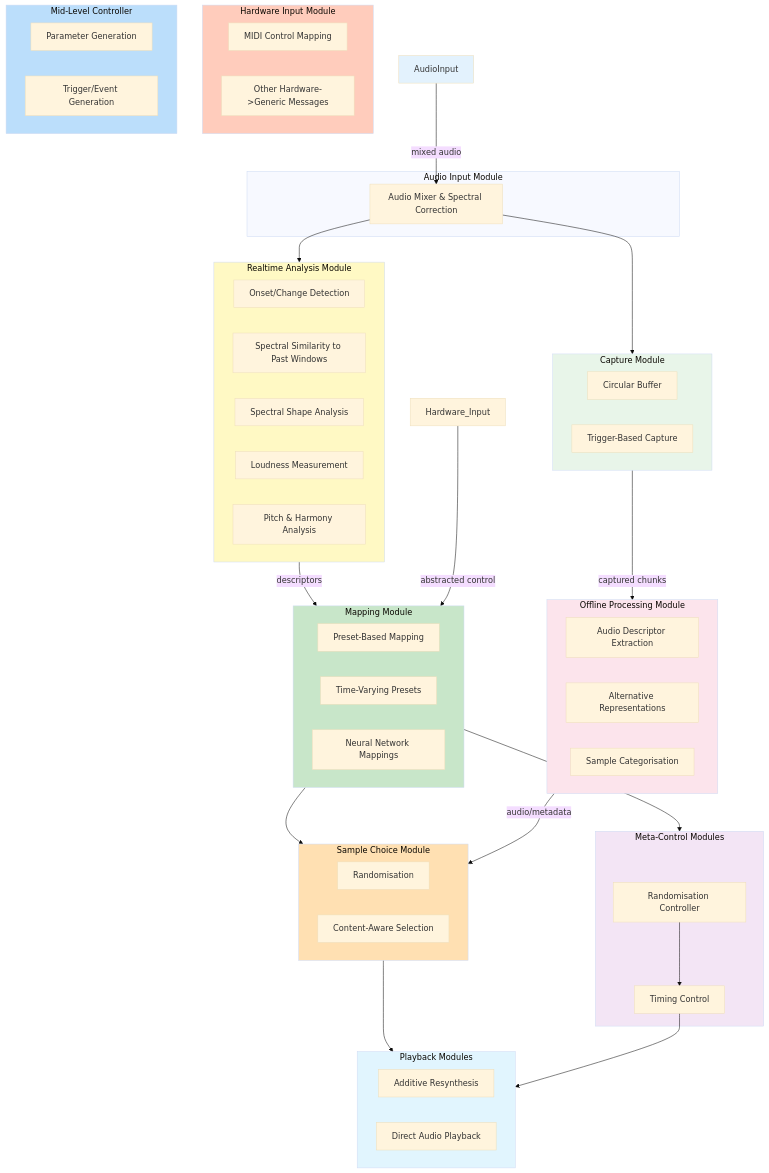
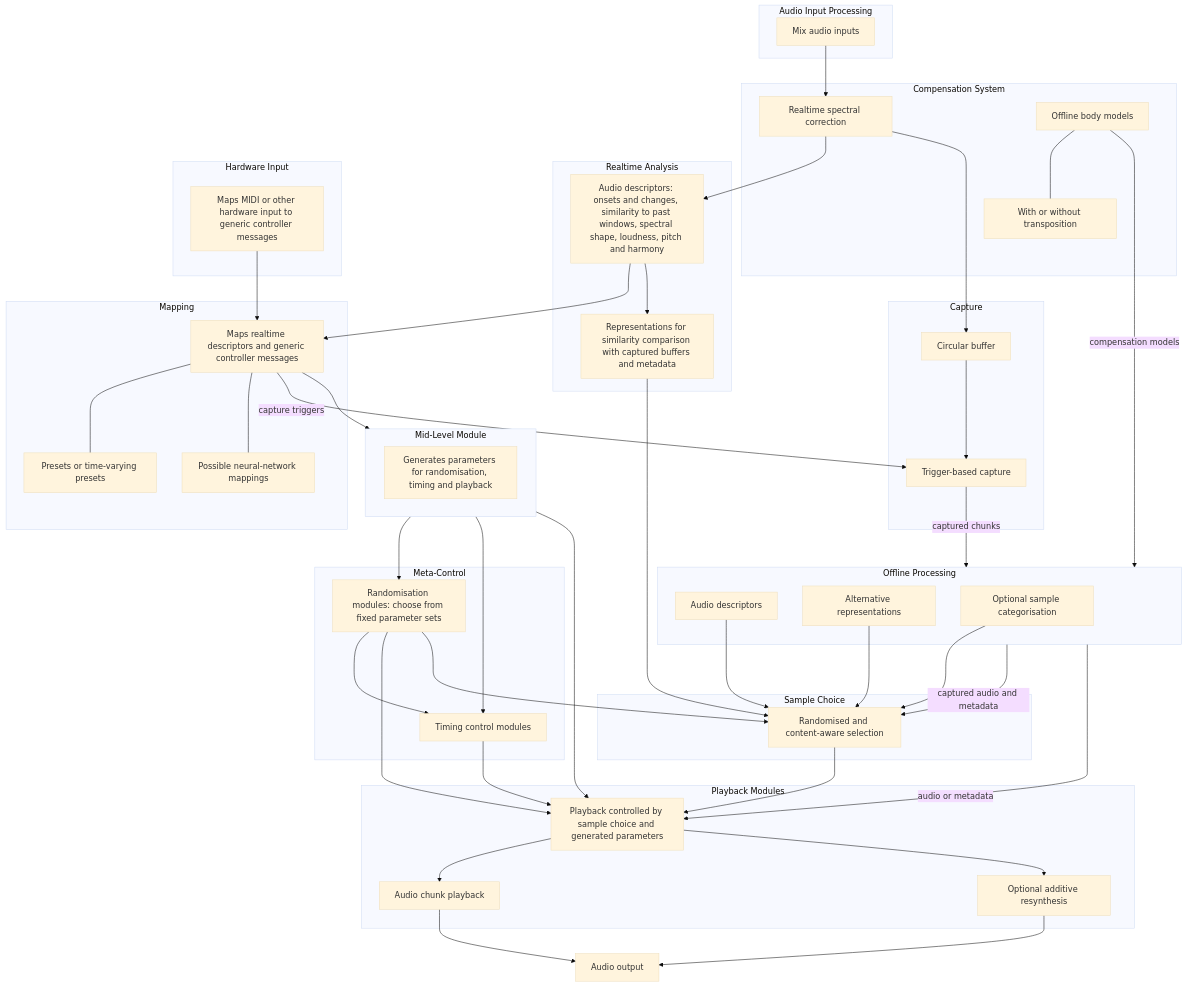
The first of 2 diagrams in System Architecture.md (AlexHarker/wintersleep), drawn with Mermaid (base theme) before and after one commit. The commit also changed other lines of this file and 1 other file, not shown here.

Commit message:
Update architecture diagram

````diff
--- a/System Architecture.md
+++ b/System Architecture.md
@@ -5,83 +7,92 @@
 ```mermaid
 flowchart TB
-    subgraph Audio_Input["Audio Input Module"]
-        Mix[Audio Mixer & Spectral Correction]
+    subgraph Input["Audio Input Processing"]
+        Mix[Mix audio inputs]
     end
-    
-    subgraph Realtime_Analysis["Realtime Analysis Module"]
-        Onsets[Onset/Change Detection]
-        Similarity[Spectral Similarity to Past Windows]
-        Shape[Spectral Shape Analysis]
-        Loudness[Loudness Measurement]
-        Pitch[Pitch & Harmony Analysis]
+
+    subgraph Compensation["Compensation System"]
+        Correction[Realtime spectral correction]
+        BodyModels[Offline body models]
+        Transposition[With or without transposition]
+        BodyModels --- Transposition
     end
-    
-    subgraph Capture["Capture Module"]
-        CircularBuffer[Circular Buffer]
-        TriggerCapture[Trigger-Based Capture]
+
+    subgraph Analysis["Realtime Analysis"]
+        Descriptors[Audio descriptors: onsets and changes, similarity to past windows, spectral shape, loudness, pitch and harmony]
+        SimilarityData[Representations for similarity comparison with captured buffers and metadata]
     end
-    
-    subgraph Offline_Processing["Offline Processing Module"]
-        DeriveDescriptors[Audio Descriptor Extraction]
-        AlternativeReps[Alternative Representations]
-        Categorise[Sample Categorisation]
+
+    subgraph Capture["Capture"]
+        Buffer[Circular buffer]
+        Trigger[Trigger-based capture]
+        Buffer --> Trigger
     end
-    
-    subgraph Sample_Choice["Sample Choice Module"]
-        Random[Randomisation]
-        ContentAware[Content-Aware Selection]
+
+    subgraph Offline["Offline Processing"]
+        OfflineDescriptors[Audio descriptors]
+        Alternative[Alternative representations]
+        Categories[Optional sample categorisation]
     end
-    
+
+    subgraph Choice["Sample Choice"]
+        Selection[Randomised and content-aware selection]
+    end
+
+    subgraph Mapping["Mapping"]
+        Map[Maps realtime descriptors and generic controller messages]
+        Presets[Presets or time-varying presets]
+        Neural[Possible neural-network mappings]
+        Map --- Presets
+        Map --- Neural
+    end
+
+    subgraph MidLevel["Mid-Level Module"]
+        Parameters[Generates parameters for randomisation, timing and playback]
+    end
+
+    subgraph MetaControl["Meta-Control"]
+        Randomisation[Randomisation modules: choose from fixed parameter sets]
+        Timing[Timing control modules]
+    end
+
+    subgraph Hardware["Hardware Input"]
+        Abstract[Maps MIDI or other hardware input to generic controller messages]
+    end
+
     subgraph Playback["Playback Modules"]
-        AdditiveSynth[Additive Resynthesis]
-        DirectPlayback[Direct Audio Playback]
+        PlaybackControl[Playback controlled by sample choice and generated parameters]
+        AudioPlayback[Audio chunk playback]
+        Additive[Optional additive resynthesis]
+        PlaybackControl --> AudioPlayback
+        PlaybackControl --> Additive
     end
-    
-    subgraph Control["Meta-Control Modules"]
-        Randomisation[Randomisation Controller]
-        Timing[Timing Control]
-    end
-    
-    subgraph Input_Hardware["Hardware Input Module"]
-        MIDIMapper[MIDI Control Mapping]
-        OtherMapper[Other Hardware->Generic Messages]
-    end
-    
-    subgraph Mapping["Mapping Module"]
-        PresetMap[Preset-Based Mapping]
-        TimeVar[Time-Varying Presets]
-        NeuralMap[Neural Network Mappings]
-    end
-    
-    subgraph MidLevel["Mid-Level Controller"]
-        ParameterGen[Parameter Generation]
-        TriggerGen[Trigger/Event Generation]
-    end
-    
-    AudioInput -->|mixed audio| Mix
-    Mix --> Realtime_Analysis
-    Mix --> Capture
-    
-    Realtime_Analysis -->|descriptors| Mapping
-    Capture -->|captured chunks| Offline_Processing
-    Mapping --> Sample_Choice
-    Offline_Processing -->|audio/metadata| Sample_Choice
-    
-    Sample_Choice --> Playback
-    Mapping --> Control
-    Hardware_Input -->|abstracted control| Mapping
-    
+
+    Output[Audio output]
+
+    Mix --> Correction
+    Correction --> Descriptors
+    Correction --> Buffer
+    Descriptors --> Map
+    Descriptors --> SimilarityData
+    SimilarityData --> Selection
+    Map -->|capture triggers| Trigger
+    Trigger -->|captured chunks| Offline
+    BodyModels -->|compensation models| Offline
+    OfflineDescriptors --> Selection
+    Alternative --> Selection
+    Categories --> Selection
+    Offline -->|captured audio and metadata| Selection
+    Map --> MidLevel
+    Abstract --> Map
+    MidLevel --> Randomisation
+    MidLevel --> Timing
+    MidLevel --> PlaybackControl
     Randomisation --> Timing
-    Timing --> Playback
-    
-    style AudioInput fill:#e3f2fd
-    style Realtime_Analysis fill:#fff9c4
-    style Capture fill:#e8f5e9
-    style Offline_Processing fill:#fce4ec
-    style Sample_Choice fill:#ffe0b2
-    style Playback fill:#e1f5fe
-    style Control fill:#f3e5f5
-    style Input_Hardware fill:#ffccbc
-    style Mapping fill:#c8e6c9
-    style MidLevel fill:#bbdefb
+    Randomisation --> PlaybackControl
+    Timing --> PlaybackControl
+    Selection --> PlaybackControl
+    Randomisation --> Selection
+    Offline -->|audio or metadata| PlaybackControl
+    AudioPlayback --> Output
+    Additive --> Output
 ```
````
